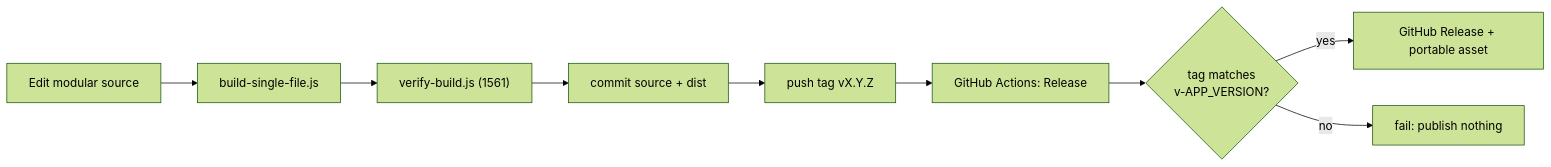
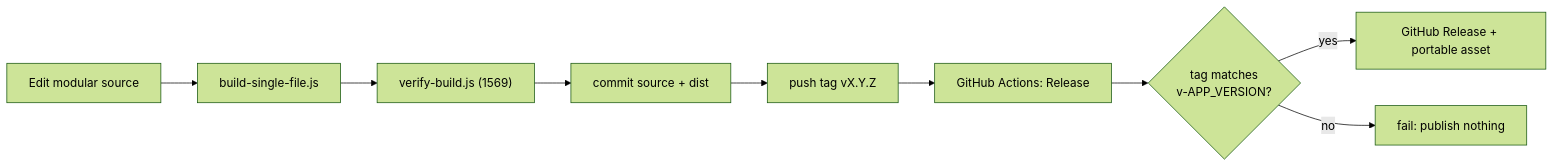
The second of 2 diagrams in README.md (fanoryu/TAM-Intelligence-OS), drawn with Mermaid (forest theme) before and after one commit. The commit also changed other lines of this file and 2 other files, not shown here.

````diff
--- a/README.md
+++ b/README.md
@@ -351,9 +351,9 @@
 ```mermaid
 flowchart LR
-  DEV["Edit modular source"] --> B["build-single-file.js"] --> V["verify-build.js (1561)"]
+  DEV["Edit modular source"] --> B["build-single-file.js"] --> V["verify-build.js (1569)"]
   V --> C["commit source + dist"] --> T["push tag vX.Y.Z"]
   T --> GA["GitHub Actions: Release"]
   GA --> GATE{"tag matches<br/>v-APP_VERSION?"}
   GATE -->|yes| REL["GitHub Release + portable asset"]
   GATE -->|no| STOP["fail: publish nothing"]
 ```
````
